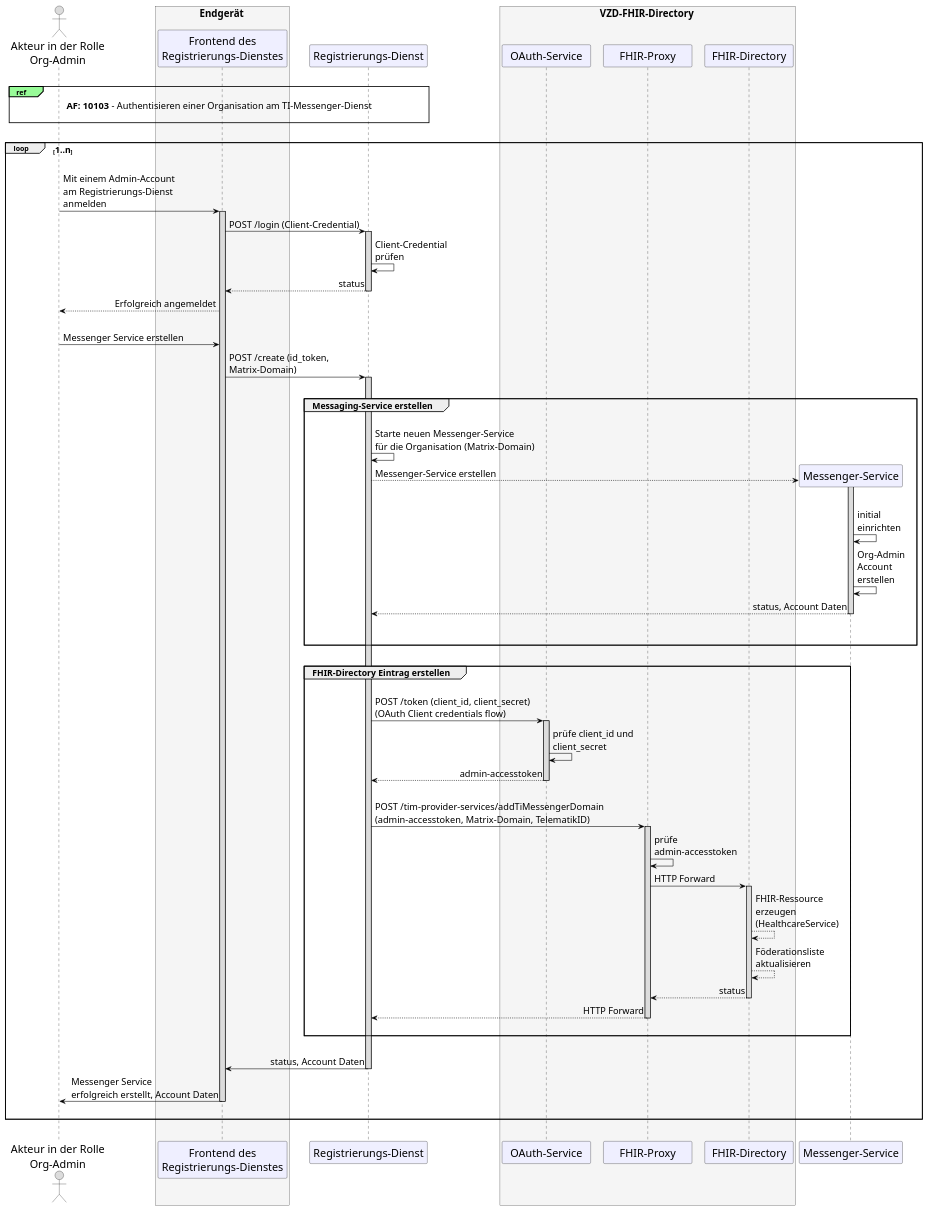
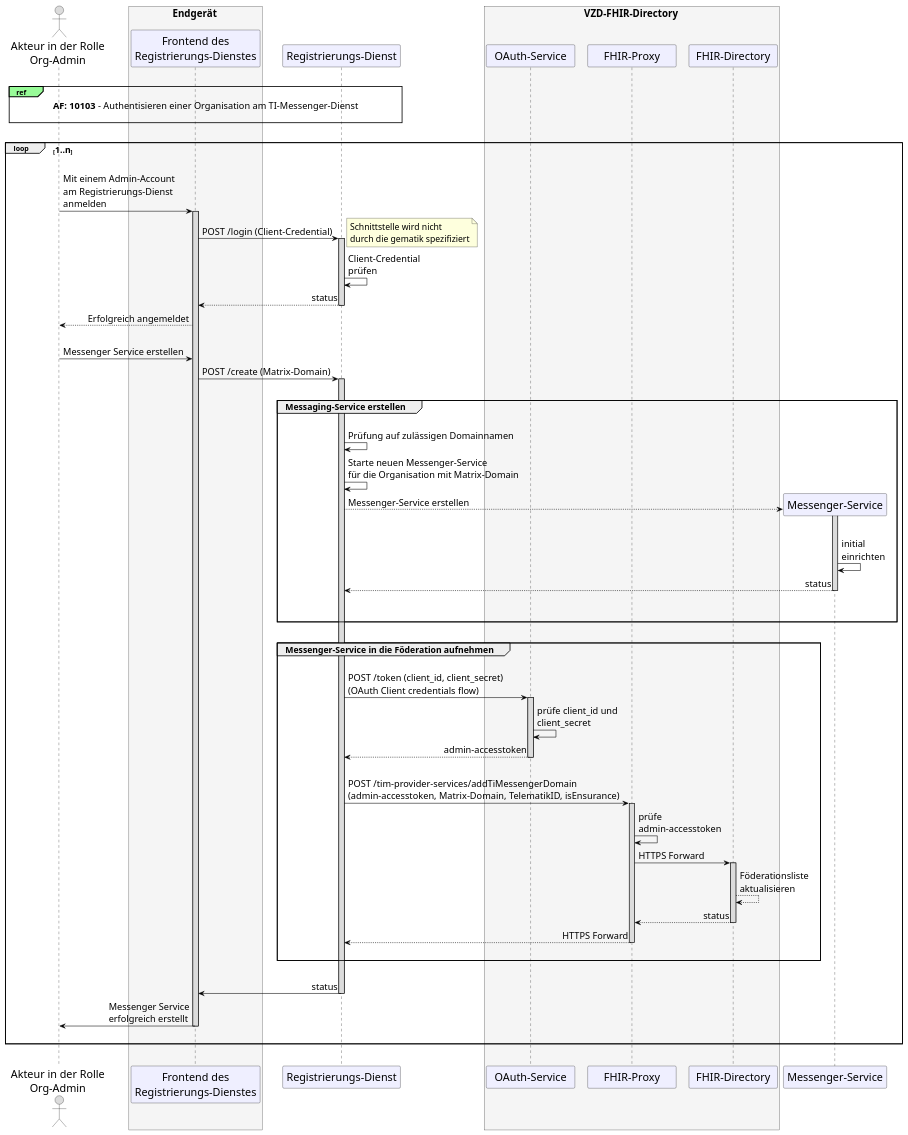
The diagram in src/plantuml/TI-Messenger-Dienst/Ressourcen/UC_10060_Seq.puml (gematik/api-ti-messenger), drawn with PlantUML before and after one commit.

```diff
--- a/src/plantuml/TI-Messenger-Dienst/Ressourcen/UC_10060_Seq.puml
+++ b/src/plantuml/TI-Messenger-Dienst/Ressourcen/UC_10060_Seq.puml
@@ -9,108 +9,108 @@
 @startuml
 skinparam sequenceMessageAlign direction
 skinparam WrapWidth 300
 skinparam minClassWidth 150
 skinparam BoxPadding 1
 skinparam sequenceReferenceHeaderBackgroundColor palegreen
 scale max 2048 width
 
 skinparam sequence {
 ArrowColor black
 ArrowFontSize 17
 ActorBorderColor black
 LifeLineBorderColor black
 LifeLineBackgroundColor Gainsboro
 
 ParticipantBorderColor Motivation
 ParticipantBackgroundColor Motivation
 ParticipantFontName Impact
 ParticipantFontSize 20
 ParticipantFontColor black
 ParticipantBorderColor Black
 ParticipantBackgroundColor MOTIVATION
 
 ActorBackgroundColor Gainsboro
 ActorFontColor black
 ActorFontSize 20
 ActorFontName Aapex
 }
     actor U as "Akteur in der Rolle\nOrg-Admin"
     box <size:18>Endgerät</size> #WhiteSmoke
       participant C as "Frontend des\nRegistrierungs-Dienstes"
     end box
     participant R as "Registrierungs-Dienst"
     box <size:18>VZD-FHIR-Directory</size> #WhiteSmoke
     participant Auth as "OAuth-Service"
     participant FP as "FHIR-Proxy"
     participant VZD as "FHIR-Directory"
     end box
 
 |||
 ref over U, R: <size:17>**AF: 10103** - Authentisieren einer Organisation am TI-Messenger-Dienst</size>\n 
 |||
 
 loop <size:16>1..n</size>
   |||
   U->C: Mit einem Admin-Account \nam Registrierungs-Dienst \nanmelden
     Activate C
   C->R: POST /login (Client-Credential)
+  note right: <size:16>Schnittstelle wird nicht \n<size:16>durch die gematik spezifiziert</size>
     Activate R
   R->R: Client-Credential \nprüfen
   R-->C: status
     Deactivate R
   C-->U: Erfolgreich angemeldet
   |||
   U->C: Messenger Service erstellen
-  C->R: POST /create (id_token, \nMatrix-Domain)
+  C->R: POST /create (Matrix-Domain)
     Activate R
     
     |||
     group <size:16>Messaging-Service erstellen</size>
     |||
-      R->R: Starte neuen Messenger-Service \nfür die Organisation (Matrix-Domain)
+      R->R: Prüfung auf zulässigen Domainnamen
+      R->R: Starte neuen Messenger-Service \nfür die Organisation mit Matrix-Domain
         create "Messenger-Service"
           R-->"Messenger-Service" : Messenger-Service erstellen 
         Activate "Messenger-Service"
       |||
       "Messenger-Service"->"Messenger-Service": initial \neinrichten
-      "Messenger-Service"->"Messenger-Service": Org-Admin\nAccount\nerstellen
-      "Messenger-Service"-->R: status, Account Daten
+      "Messenger-Service"-->R: status
       |||
         Deactivate "Messenger-Service"
     |||
     end
     
     |||
     
-    group <size:16>FHIR-Directory Eintrag erstellen</size>
+    group <size:16>Messenger-Service in die Föderation aufnehmen</size>
     |||
       R->Auth: POST /token (client_id, client_secret) \n(OAuth Client credentials flow)
         Activate Auth
       Auth->Auth: prüfe client_id und \nclient_secret
       Auth-->R: admin-accesstoken
         Deactivate Auth
       |||
-      R->FP: POST /tim-provider-services/addTiMessengerDomain \n(admin-accesstoken, Matrix-Domain, TelematikID)
+      R->FP: POST /tim-provider-services/addTiMessengerDomain \n(admin-accesstoken, Matrix-Domain, TelematikID, isEnsurance)
         Activate FP
       FP->FP: prüfe \nadmin-accesstoken
-      FP->VZD: HTTP Forward
+      FP->VZD: HTTPS Forward
         Activate VZD
-      VZD-->VZD: FHIR-Ressource \nerzeugen \n(HealthcareService)
       VZD-->VZD: Föderationsliste\naktualisieren
       VZD-->FP: status
         Deactivate VZD
-      FP-->R: HTTP Forward
+      FP-->R: HTTPS Forward
         Deactivate FP
 
     |||
     end
 
   |||
-  R->C: status, Account Daten
+  R->C: status
     Deactivate R
-  C->U: Messenger Service \nerfolgreich erstellt, Account Daten
+  C->U: Messenger Service \nerfolgreich erstellt
     Deactivate C
   |||
 end
 |||
 @enduml
```
